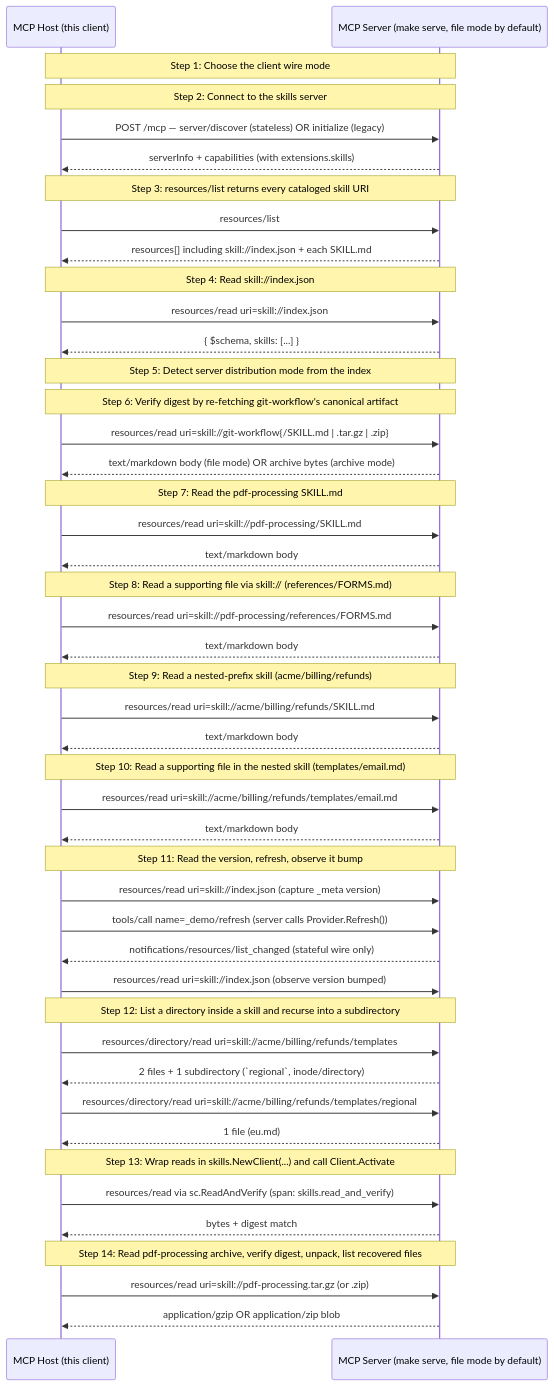
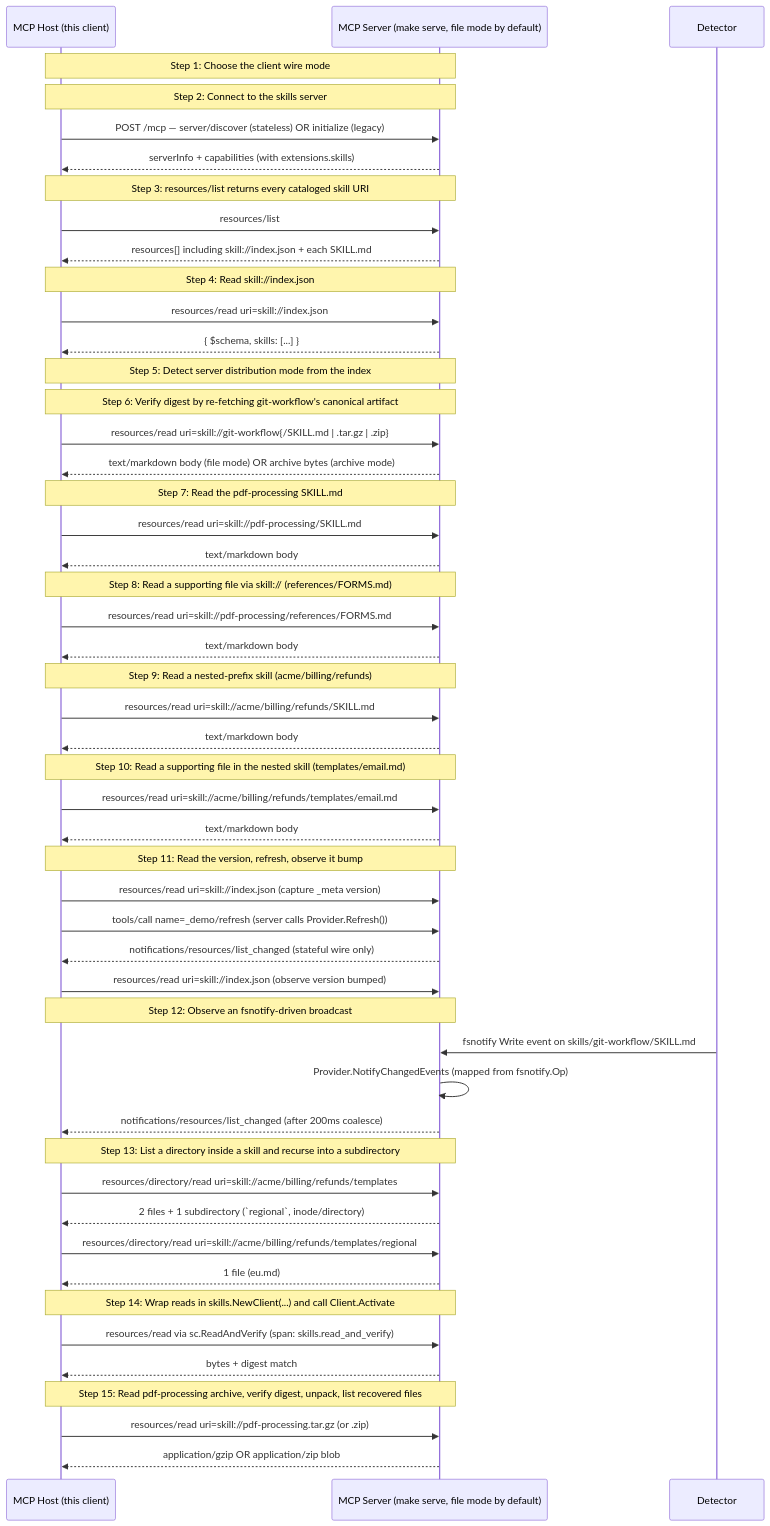
Before and after one commit to panyam/mcpkit: the diagram in examples/skills/WALKTHROUGH.md, drawn with Mermaid. The commit also changed other lines of this file and 12 other files, not shown here.

First line of the commit message:
ext/skills: fsnotify-driven Detector + Provider.Shutdown(ctx)

````diff
--- a/examples/skills/WALKTHROUGH.md
+++ b/examples/skills/WALKTHROUGH.md
@@ -24,61 +25,66 @@
 ```mermaid
 sequenceDiagram
     participant Host as MCP Host (this client)
     participant Server as MCP Server (make serve, file mode by default)
 
     Note over Host,Server: Step 1: Choose the client wire mode
 
     Note over Host,Server: Step 2: Connect to the skills server
     Host->>Server: POST /mcp — server/discover (stateless) OR initialize (legacy)
     Server-->>Host: serverInfo + capabilities (with extensions.skills)
 
     Note over Host,Server: Step 3: resources/list returns every cataloged skill URI
     Host->>Server: resources/list
     Server-->>Host: resources[] including skill://index.json + each SKILL.md
 
     Note over Host,Server: Step 4: Read skill://index.json
     Host->>Server: resources/read uri=skill://index.json
     Server-->>Host: { $schema, skills: [...] }
 
     Note over Host,Server: Step 5: Detect server distribution mode from the index
 
     Note over Host,Server: Step 6: Verify digest by re-fetching git-workflow's canonical artifact
     Host->>Server: resources/read uri=skill://git-workflow{/SKILL.md | .tar.gz | .zip}
     Server-->>Host: text/markdown body (file mode) OR archive bytes (archive mode)
 
     Note over Host,Server: Step 7: Read the pdf-processing SKILL.md
     Host->>Server: resources/read uri=skill://pdf-processing/SKILL.md
     Server-->>Host: text/markdown body
 
     Note over Host,Server: Step 8: Read a supporting file via skill:// (references/FORMS.md)
     Host->>Server: resources/read uri=skill://pdf-processing/references/FORMS.md
     Server-->>Host: text/markdown body
 
     Note over Host,Server: Step 9: Read a nested-prefix skill (acme/billing/refunds)
     Host->>Server: resources/read uri=skill://acme/billing/refunds/SKILL.md
     Server-->>Host: text/markdown body
 
     Note over Host,Server: Step 10: Read a supporting file in the nested skill (templates/email.md)
     Host->>Server: resources/read uri=skill://acme/billing/refunds/templates/email.md
     Server-->>Host: text/markdown body
 
     Note over Host,Server: Step 11: Read the version, refresh, observe it bump
     Host->>Server: resources/read uri=skill://index.json (capture _meta version)
     Host->>Server: tools/call name=_demo/refresh (server calls Provider.Refresh())
     Server-->>Host: notifications/resources/list_changed (stateful wire only)
     Host->>Server: resources/read uri=skill://index.json (observe version bumped)
 
-    Note over Host,Server: Step 12: List a directory inside a skill and recurse into a subdirectory
+    Note over Host,Server: Step 12: Observe an fsnotify-driven broadcast
+    Detector->>Server: fsnotify Write event on skills/git-workflow/SKILL.md
+    Server->>Server: Provider.NotifyChangedEvents (mapped from fsnotify.Op)
+    Server-->>Host: notifications/resources/list_changed (after 200ms coalesce)
+
+    Note over Host,Server: Step 13: List a directory inside a skill and recurse into a subdirectory
     Host->>Server: resources/directory/read uri=skill://acme/billing/refunds/templates
     Server-->>Host: 2 files + 1 subdirectory (`regional`, inode/directory)
     Host->>Server: resources/directory/read uri=skill://acme/billing/refunds/templates/regional
     Server-->>Host: 1 file (eu.md)
 
-    Note over Host,Server: Step 13: Wrap reads in skills.NewClient(...) and call Client.Activate
+    Note over Host,Server: Step 14: Wrap reads in skills.NewClient(...) and call Client.Activate
     Host->>Server: resources/read via sc.ReadAndVerify (span: skills.read_and_verify)
     Server-->>Host: bytes + digest match
 
-    Note over Host,Server: Step 14: Read pdf-processing archive, verify digest, unpack, list recovered files
+    Note over Host,Server: Step 15: Read pdf-processing archive, verify digest, unpack, list recovered files
     Host->>Server: resources/read uri=skill://pdf-processing.tar.gz (or .zip)
     Server-->>Host: application/gzip OR application/zip blob
 ```
````
